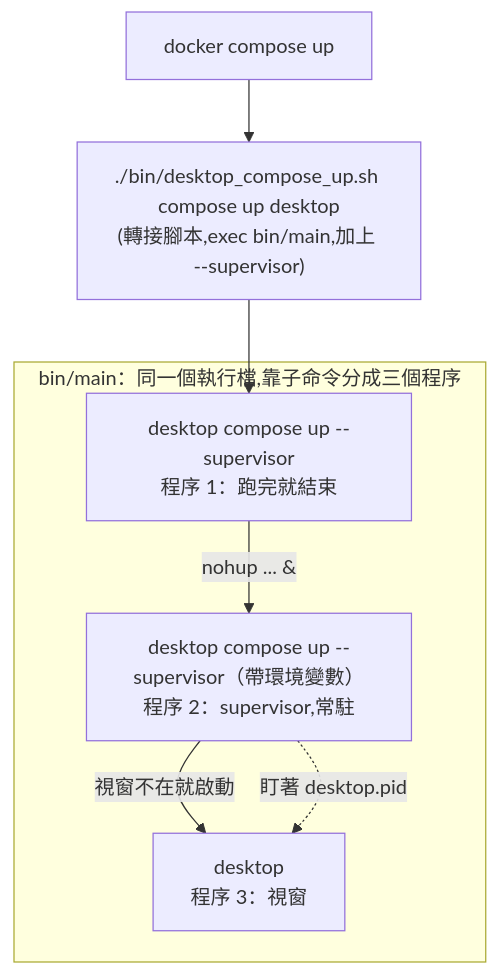
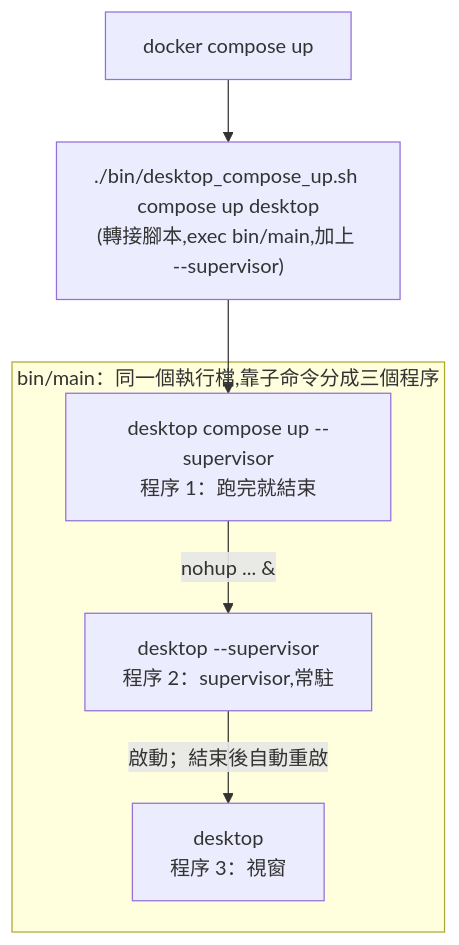
One commit to doroke7/landan-desktop-fyne changed the diagram in README.md. Above: the diagram before and after it, drawn with Mermaid. The commit also changed other lines of this file and 6 other files, not shown here.

````diff
--- a/README.md
+++ b/README.md
@@ -127,15 +126,14 @@
 ```mermaid
 flowchart TD
     A["docker compose up"] --> B["./bin/desktop_compose_up.sh compose up desktop<br/>(轉接腳本,exec bin/main,加上 --supervisor)"]
 
     subgraph M["bin/main：同一個執行檔,靠子命令分成三個程序"]
         C["desktop compose up --supervisor<br/>程序 1：跑完就結束"]
-        D["desktop compose up --supervisor（帶環境變數）<br/>程序 2：supervisor,常駐"]
+        D["desktop --supervisor<br/>程序 2：supervisor,常駐"]
         E["desktop<br/>程序 3：視窗"]
     end
 
     B --> C
     C -- "nohup ... &" --> D
-    D -- "視窗不在就啟動" --> E
-    D -. "盯著 desktop.pid" .-> E
+    D -- "啟動；結束後自動重啟" --> E
 ```
````
